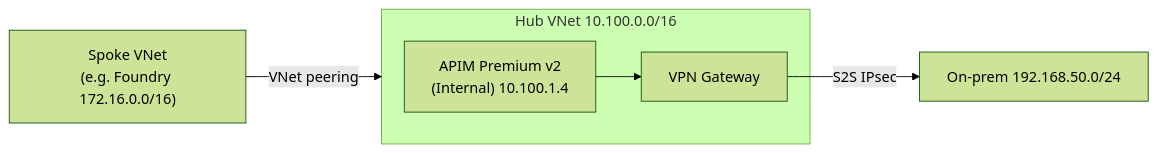
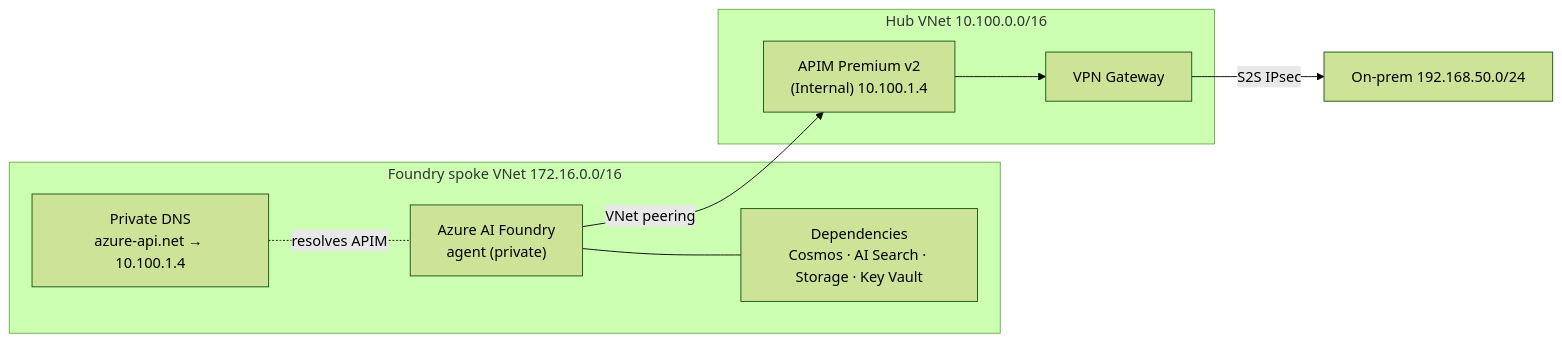
The diagram in peering/readme.md (drewelewis/ai-hybrid-data-sources), drawn with Mermaid (forest theme) before and after one commit. The commit also changed other lines of this file and 48 other files, not shown here.

````diff
--- a/peering/readme.md
+++ b/peering/readme.md
@@ -20,10 +20,17 @@
 ```mermaid
 flowchart LR
-    Spoke["Spoke VNet<br/>(e.g. Foundry 172.16.0.0/16)"] -- "VNet peering" --> Hub
+    subgraph Spoke["Foundry spoke VNet 172.16.0.0/16"]
+        Foundry["Azure AI Foundry<br/>agent (private)"]
+        Deps["Dependencies<br/>Cosmos · AI Search · Storage · Key Vault"]
+        DNS["Private DNS<br/>azure-api.net → 10.100.1.4"]
+        Foundry --- Deps
+    end
     subgraph Hub["Hub VNet 10.100.0.0/16"]
         APIM["APIM Premium v2<br/>(Internal) 10.100.1.4"]
         GW["VPN Gateway"]
     end
+    Foundry -- "VNet peering" --> APIM
+    DNS -. "resolves APIM" .- Foundry
+    APIM --> GW
     GW -- "S2S IPsec" --> OnPrem["On-prem 192.168.50.0/24"]
-    APIM --> GW
 ```
````
